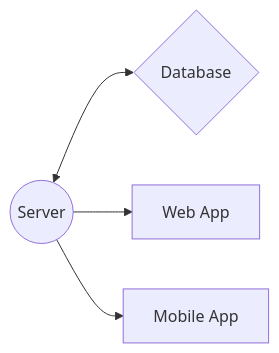
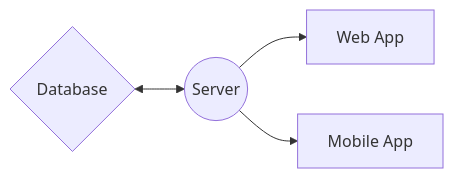
Before and after one commit to raphvrl/AREA: the diagram in doc/Relation.md, drawn with Mermaid.

Commit message:
[FIX] relation documentation

````diff
--- a/doc/Relation.md
+++ b/doc/Relation.md
@@ -7,6 +7,6 @@
 ```mermaid
 graph LR
-    A((Server)) <--> D{Database}
+    D{Database} <--> A((Server))
     A --> C[Web App]
     A --> B[Mobile App]
 ```
````
